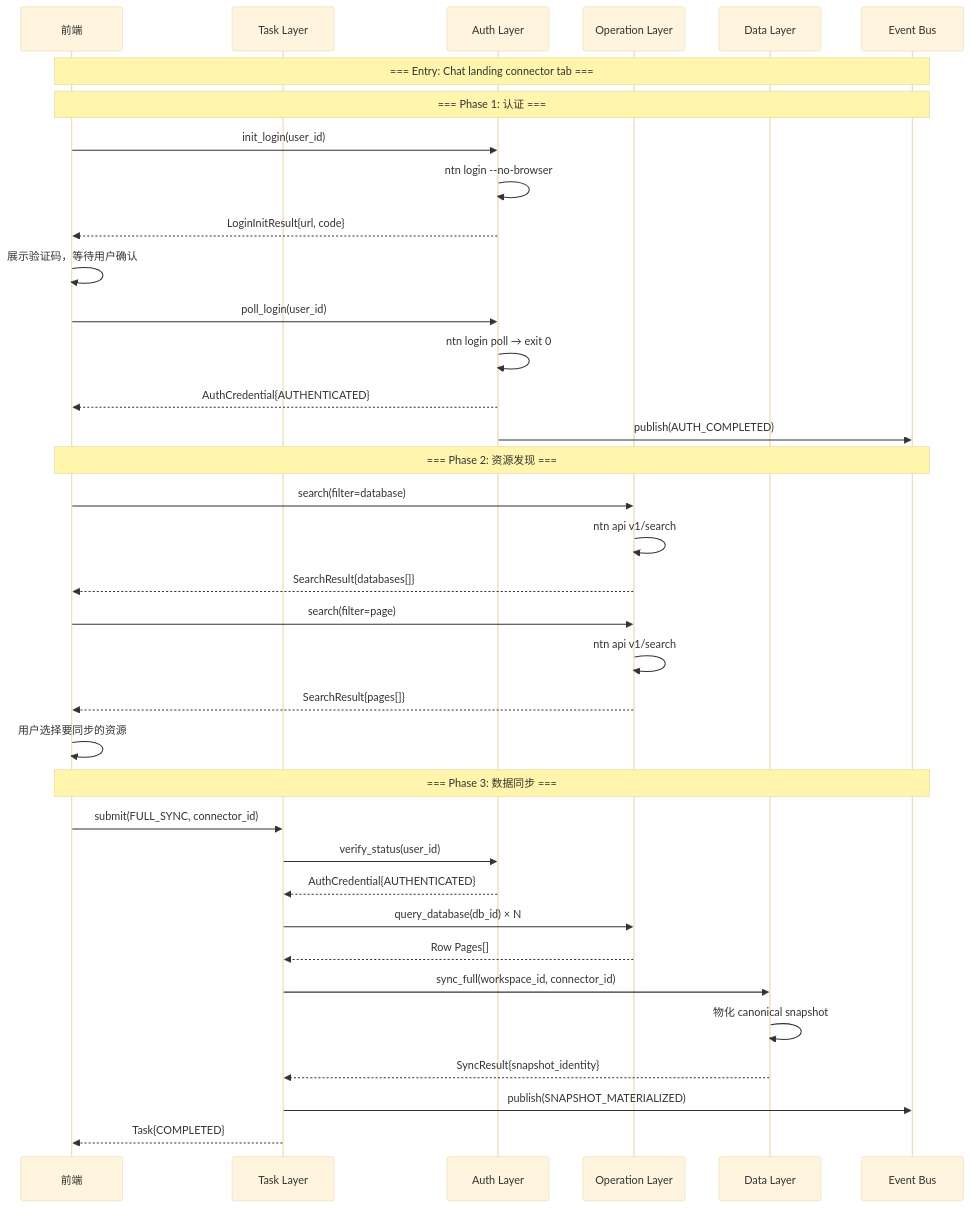
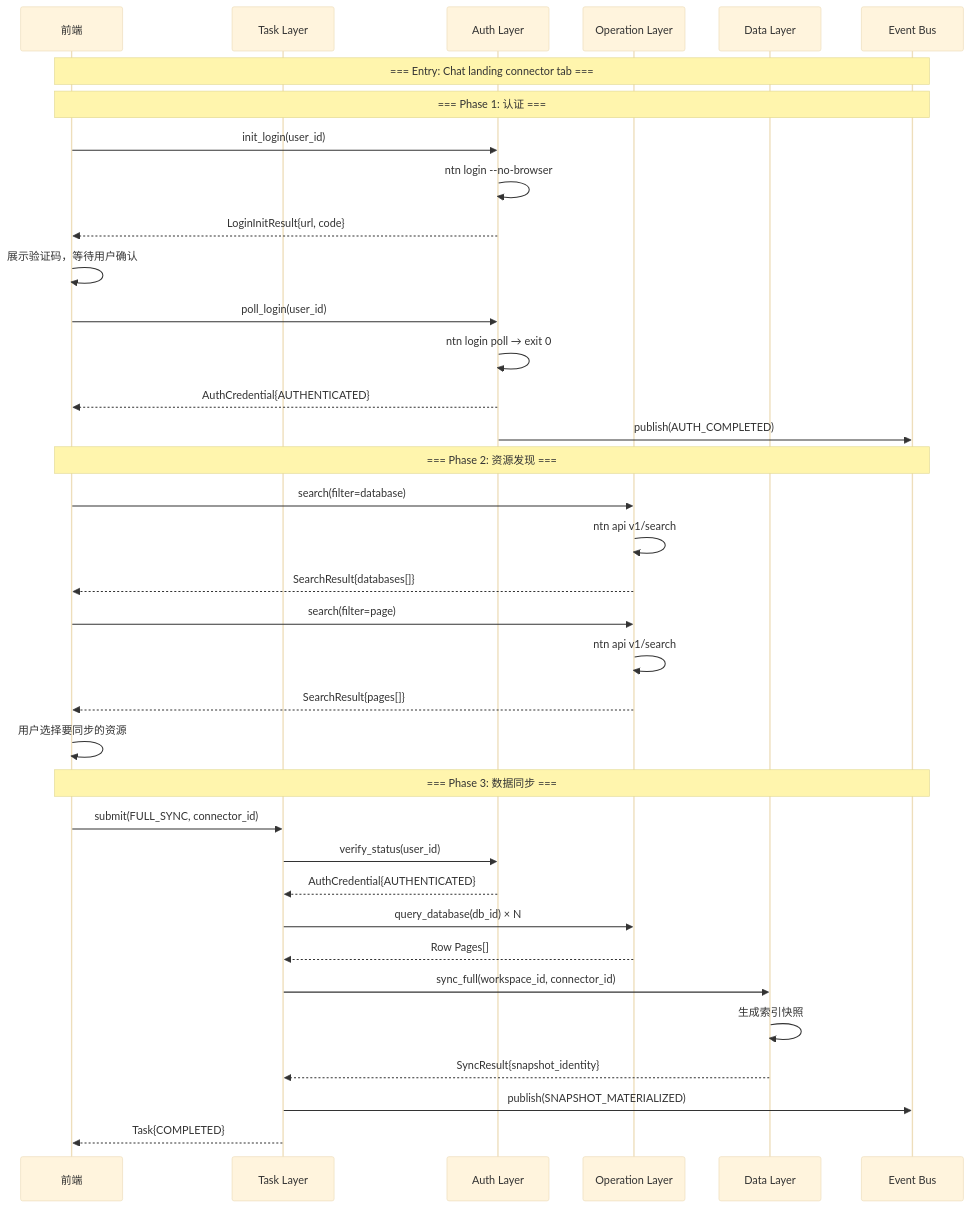
Before and after one commit to glide-the/im-dream: diagram 12 of 18 in docs/design/claude-agent/notion-point/resource-connector-flowcharts.md, drawn with Mermaid (base theme). The commit also changed other lines of this file and 51 other files, not shown here.

````diff
--- a/docs/design/claude-agent/notion-point/resource-connector-flowcharts.md
+++ b/docs/design/claude-agent/notion-point/resource-connector-flowcharts.md
@@ -354,41 +354,41 @@
 ```mermaid
 sequenceDiagram
     participant FE as 前端
     participant Task as Task Layer
     participant Auth as Auth Layer
     participant Ops as Operation Layer
     participant Data as Data Layer
     participant Bus as Event Bus
 
     Note over FE,Bus: === Entry: Chat landing connector tab ===
     Note over FE,Bus: === Phase 1: 认证 ===
     FE->>Auth: init_login(user_id)
     Auth->>Auth: ntn login --no-browser
     Auth-->>FE: LoginInitResult{url, code}
     FE->>FE: 展示验证码，等待用户确认
     FE->>Auth: poll_login(user_id)
     Auth->>Auth: ntn login poll → exit 0
     Auth-->>FE: AuthCredential{AUTHENTICATED}
     Auth->>Bus: publish(AUTH_COMPLETED)
 
     Note over FE,Bus: === Phase 2: 资源发现 ===
     FE->>Ops: search(filter=database)
     Ops->>Ops: ntn api v1/search
     Ops-->>FE: SearchResult{databases[]}
     FE->>Ops: search(filter=page)
     Ops->>Ops: ntn api v1/search
     Ops-->>FE: SearchResult{pages[]}
     FE->>FE: 用户选择要同步的资源
 
     Note over FE,Bus: === Phase 3: 数据同步 ===
     FE->>Task: submit(FULL_SYNC, connector_id)
     Task->>Auth: verify_status(user_id)
     Auth-->>Task: AuthCredential{AUTHENTICATED}
     Task->>Ops: query_database(db_id) × N
     Ops-->>Task: Row Pages[]
     Task->>Data: sync_full(workspace_id, connector_id)
-    Data->>Data: 物化 canonical snapshot
+    Data->>Data: 生成索引快照
     Data-->>Task: SyncResult{snapshot_identity}
     Task->>Bus: publish(SNAPSHOT_MATERIALIZED)
     Task-->>FE: Task{COMPLETED}
 ```
````
